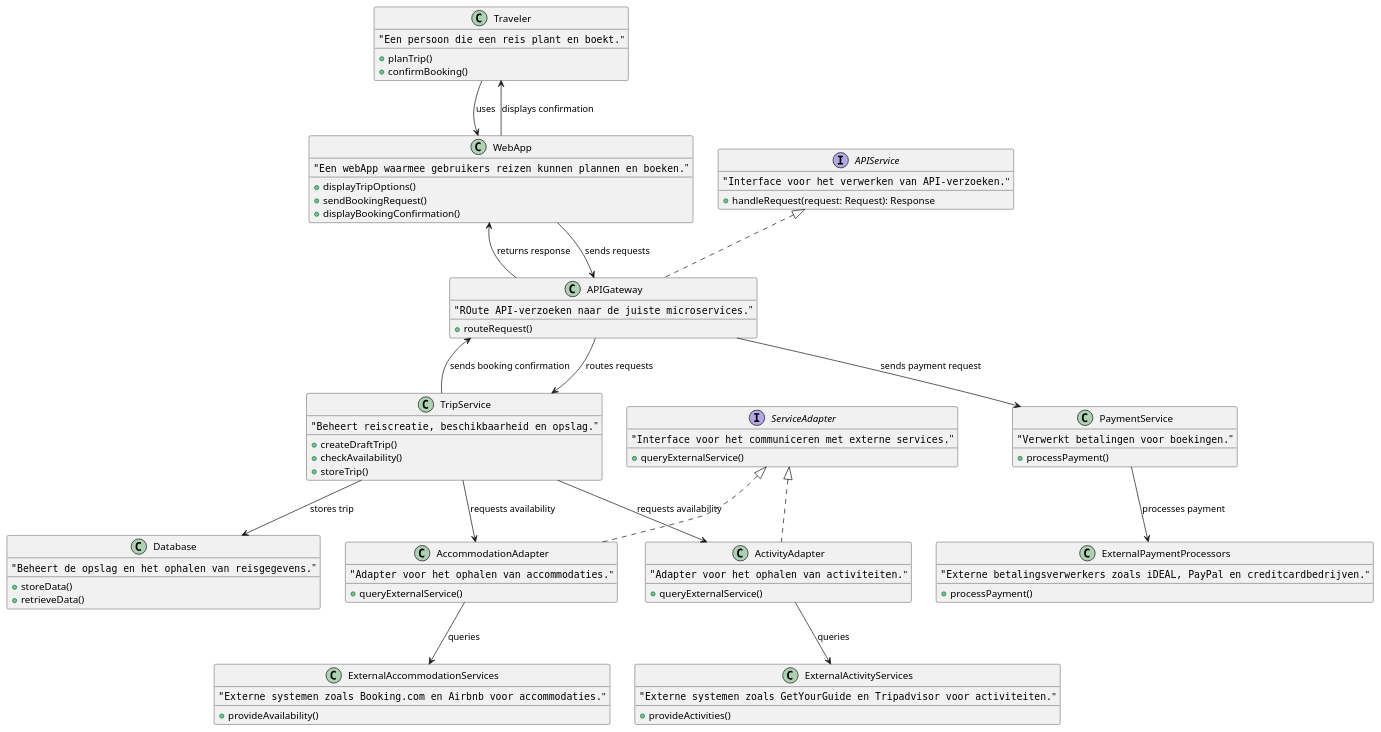
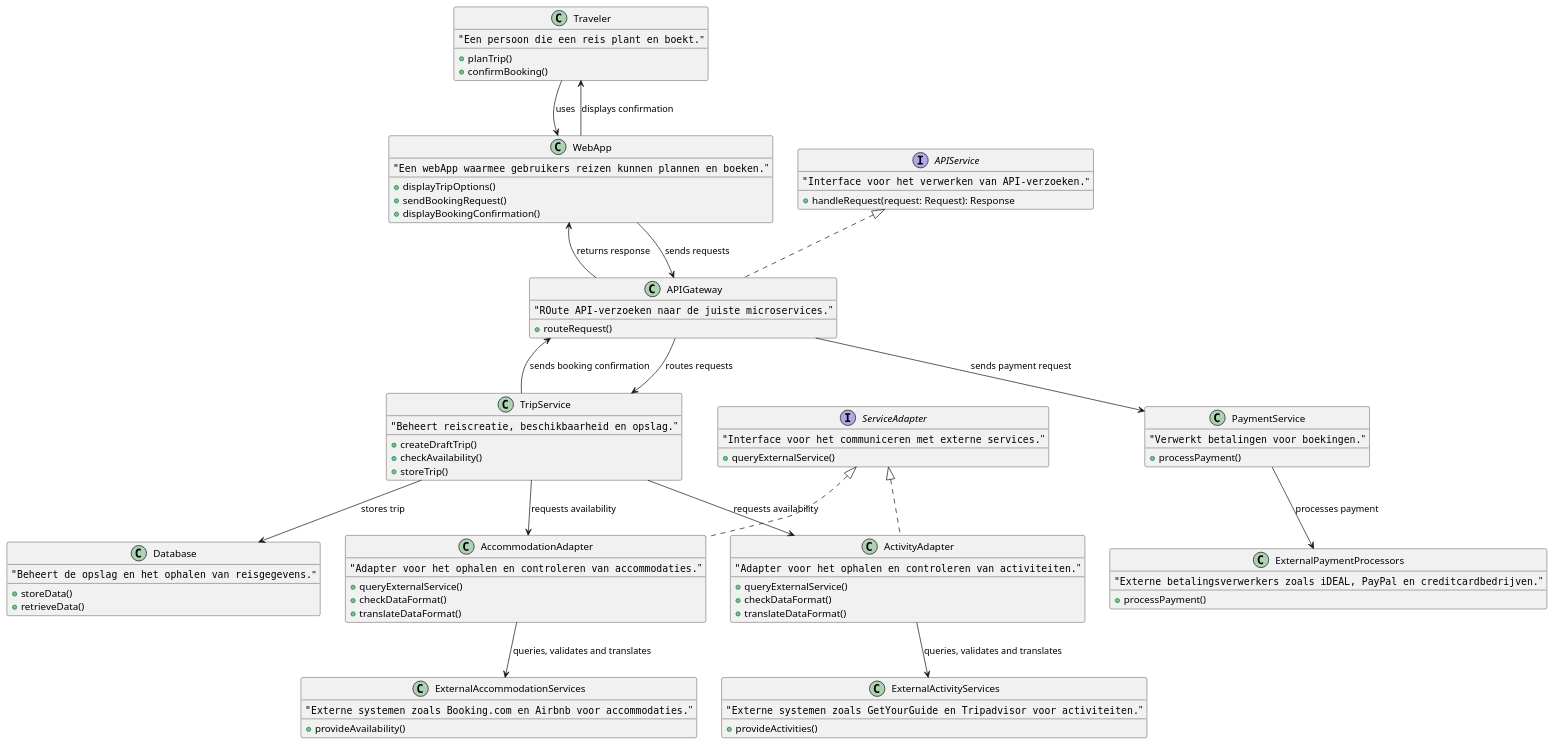
Before and after one commit to AIM-ENE-feb25/triptop-groep-5: the diagram in software-guidebook/classDiagramTripTopAPIWijzigingOpvangen.puml, drawn with PlantUML. The commit also changed 4 other files, not shown here.

Commit message:
Update classDiagrams, toegevoegd aan SGB

```diff
--- a/software-guidebook/classDiagramTripTopAPIWijzigingOpvangen.puml
+++ b/software-guidebook/classDiagramTripTopAPIWijzigingOpvangen.puml
@@ -1,88 +1,92 @@
 @startuml "Triptop Travel Booking - Class Diagram"
 
 class Traveler {
     """Een persoon die een reis plant en boekt."""
     +planTrip()
     +confirmBooking()
 }
 
 class WebApp {
     """Een webApp waarmee gebruikers reizen kunnen plannen en boeken."""
     +displayTripOptions()
     +sendBookingRequest()
     +displayBookingConfirmation()
 }
 
 interface APIService {
     """Interface voor het verwerken van API-verzoeken."""
     +handleRequest(request: Request): Response
 }
 
 class APIGateway implements APIService {
     """ROute API-verzoeken naar de juiste microservices."""
     +routeRequest()
 }
 
 class TripService {
     """Beheert reiscreatie, beschikbaarheid en opslag."""
     +createDraftTrip()
     +checkAvailability()
     +storeTrip()
 }
 
 interface ServiceAdapter {
     """Interface voor het communiceren met externe services."""
     +queryExternalService()
 }
 
 class AccommodationAdapter implements ServiceAdapter {
-    """Adapter voor het ophalen van accommodaties."""
+    """Adapter voor het ophalen en controleren van accommodaties."""
     +queryExternalService()
+    +checkDataFormat()
+    +translateDataFormat()
 }
 
 class ActivityAdapter implements ServiceAdapter {
-    """Adapter voor het ophalen van activiteiten."""
+    """Adapter voor het ophalen en controleren van activiteiten."""
     +queryExternalService()
+    +checkDataFormat()
+    +translateDataFormat()
 }
 
 class PaymentService {
     """Verwerkt betalingen voor boekingen."""
     +processPayment()
 }
 
 class Database {
     """Beheert de opslag en het ophalen van reisgegevens."""
     +storeData()
     +retrieveData()
 }
 
 class ExternalAccommodationServices {
     """Externe systemen zoals Booking.com en Airbnb voor accommodaties."""
     +provideAvailability()
 }
 
 class ExternalActivityServices {
     """Externe systemen zoals GetYourGuide en Tripadvisor voor activiteiten."""
     +provideActivities()
 }
 
 class ExternalPaymentProcessors {
     """Externe betalingsverwerkers zoals iDEAL, PayPal en creditcardbedrijven."""
     +processPayment()
 }
 
 Traveler --> WebApp : uses
 WebApp --> APIGateway : sends requests
 APIGateway --> TripService : routes requests
 TripService --> AccommodationAdapter : requests availability
 TripService --> ActivityAdapter : requests availability
 TripService --> Database : stores trip
-AccommodationAdapter --> ExternalAccommodationServices : queries
-ActivityAdapter --> ExternalActivityServices : queries
+AccommodationAdapter --> ExternalAccommodationServices : queries, validates and translates
+ActivityAdapter --> ExternalActivityServices : queries, validates and translates
 WebApp --> Traveler : displays confirmation
 APIGateway --> PaymentService : sends payment request
 PaymentService --> ExternalPaymentProcessors : processes payment
 TripService --> APIGateway : sends booking confirmation
 APIGateway --> WebApp : returns response
 
 @enduml
```
